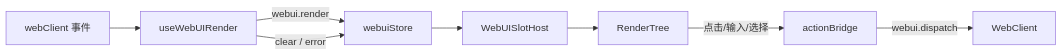
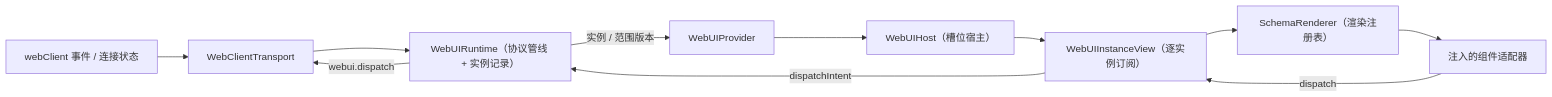
One commit to openJiuwen-ai/jiuwenswarm changed the diagram in jiuwenswarm/extensions_v2/docs/features/F_08_frontend-render.md. Above: the diagram before and after it, drawn with Mermaid. The commit also changed other lines of this file and 7 other files, not shown here.

````diff
--- a/jiuwenswarm/extensions_v2/docs/features/F_08_frontend-render.md
+++ b/jiuwenswarm/extensions_v2/docs/features/F_08_frontend-render.md
@@ -43,10 +48,13 @@
 ```mermaid
 flowchart LR
-    WS["webClient 事件"] --> H["useWebUIRender"]
-    H -->|"webui.render"| S["webuiStore"]
-    H -->|"clear / error"| S
-    S --> SH["WebUISlotHost"]
-    SH --> RT["RenderTree"]
-    RT -->|"点击/输入/选择"| AB["actionBridge"]
-    AB -->|"webui.dispatch"| WS2["WebClient"]
+    WS["webClient 事件 / 连接状态"] --> TR["WebClientTransport"]
+    TR --> RT["WebUIRuntime（协议管线 + 实例记录）"]
+    RT -->|"实例 / 范围版本"| PR["WebUIProvider"]
+    PR --> HO["WebUIHost（槽位宿主）"]
+    HO --> IV["WebUIInstanceView（逐实例订阅）"]
+    IV --> SR["SchemaRenderer（渲染注册表）"]
+    SR --> AD["注入的组件适配器"]
+    AD -->|"dispatch"| IV
+    IV -->|"dispatchIntent"| RT
+    RT -->|"webui.dispatch"| TR
 ```
````
